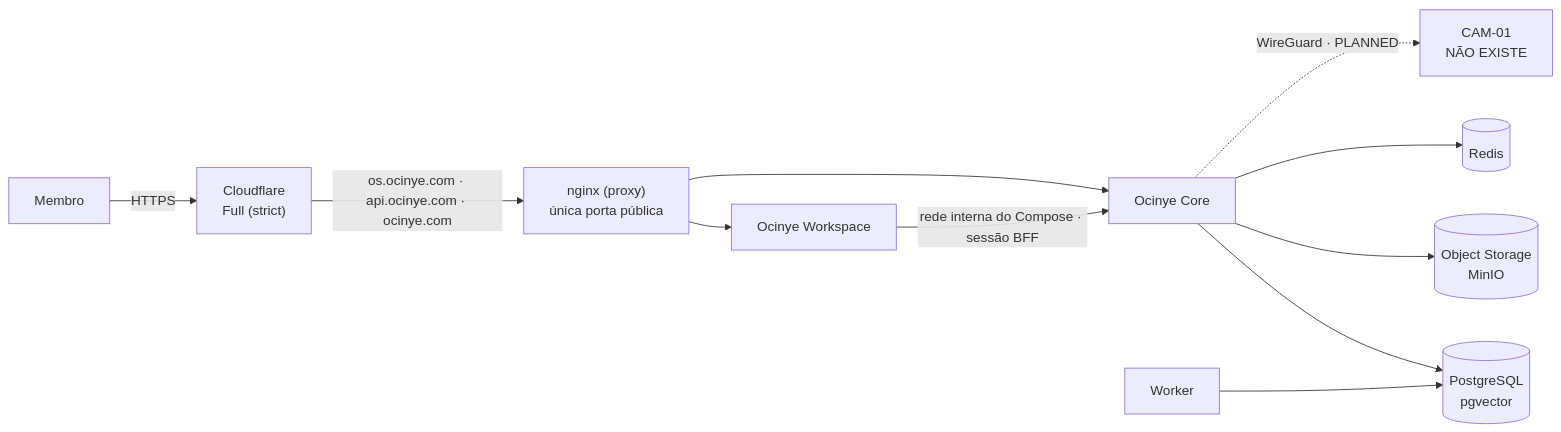
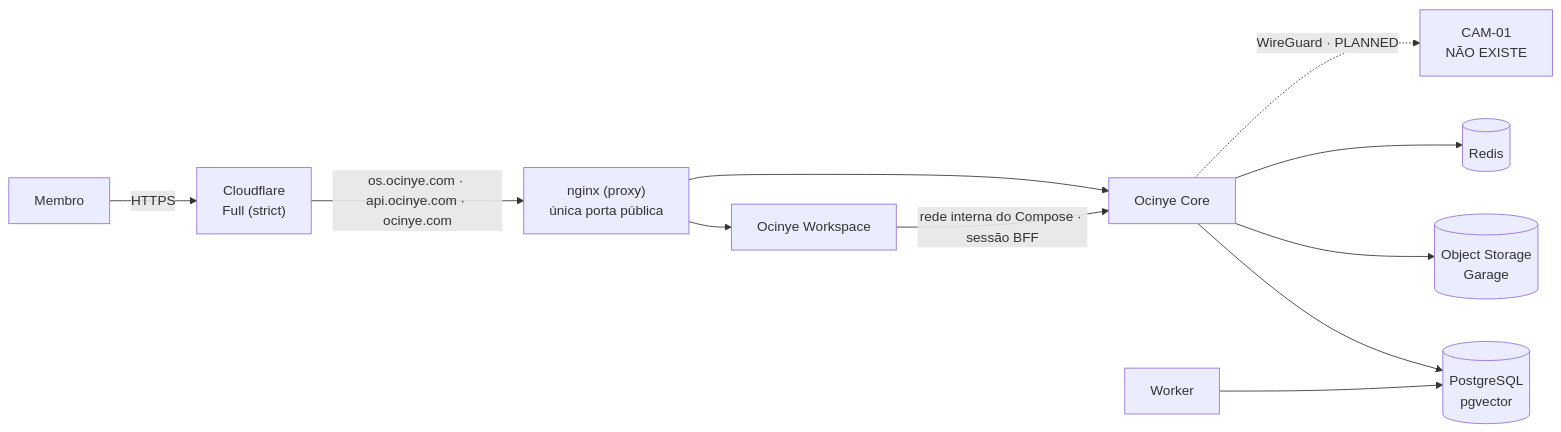
Before and after one commit to Ocinye/ocinye-os: the diagram in docs/deployment/README.md, drawn with Mermaid. The commit also changed other lines of this file and 55 other files, not shown here.

````diff
--- a/docs/deployment/README.md
+++ b/docs/deployment/README.md
@@ -10,13 +10,13 @@
 ```mermaid
 flowchart LR
     U["Membro"] -->|"HTTPS"| CF["Cloudflare<br/>Full (strict)"]
     CF -->|"os.ocinye.com · api.ocinye.com · ocinye.com"| GW["nginx (proxy)<br/>única porta pública"]
     GW --> WS["Ocinye Workspace"]
     GW --> CORE["Ocinye Core"]
     WS -->|"rede interna do Compose · sessão BFF"| CORE
     CORE --> PG[("PostgreSQL<br/>pgvector")]
-    CORE --> S3[("Object Storage<br/>MinIO")]
+    CORE --> S3[("Object Storage<br/>Garage")]
     CORE --> RD[("Redis")]
     WK["Worker"] --> PG
     CORE -.->|"WireGuard · PLANNED"| NODE["CAM-01<br/>NÃO EXISTE"]
 ```
````
